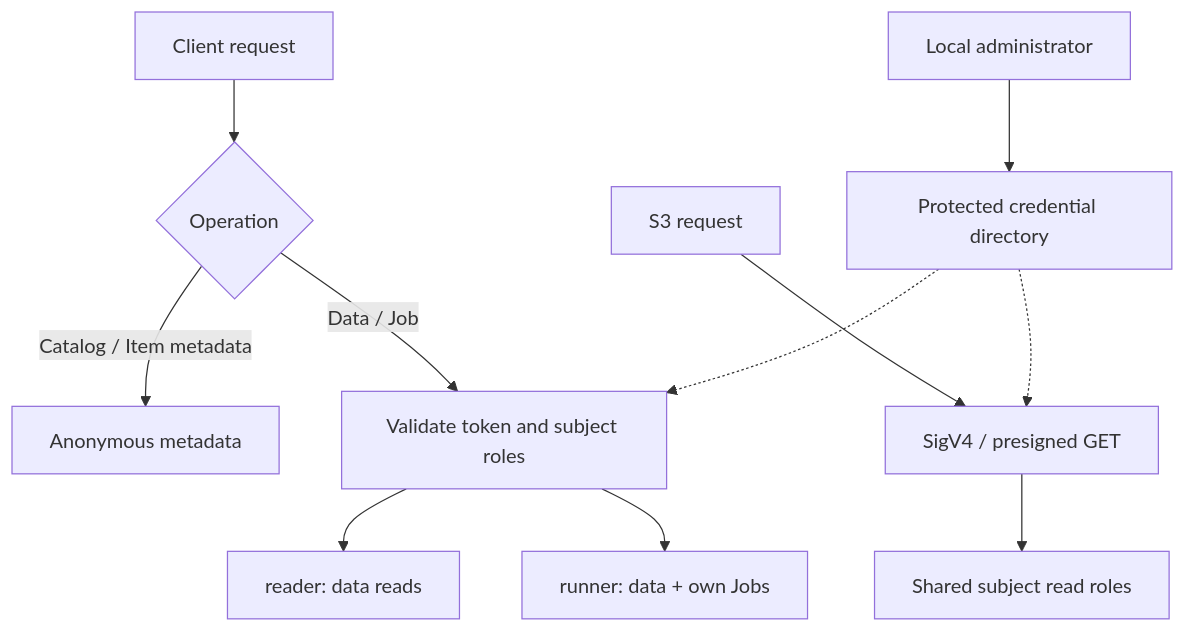
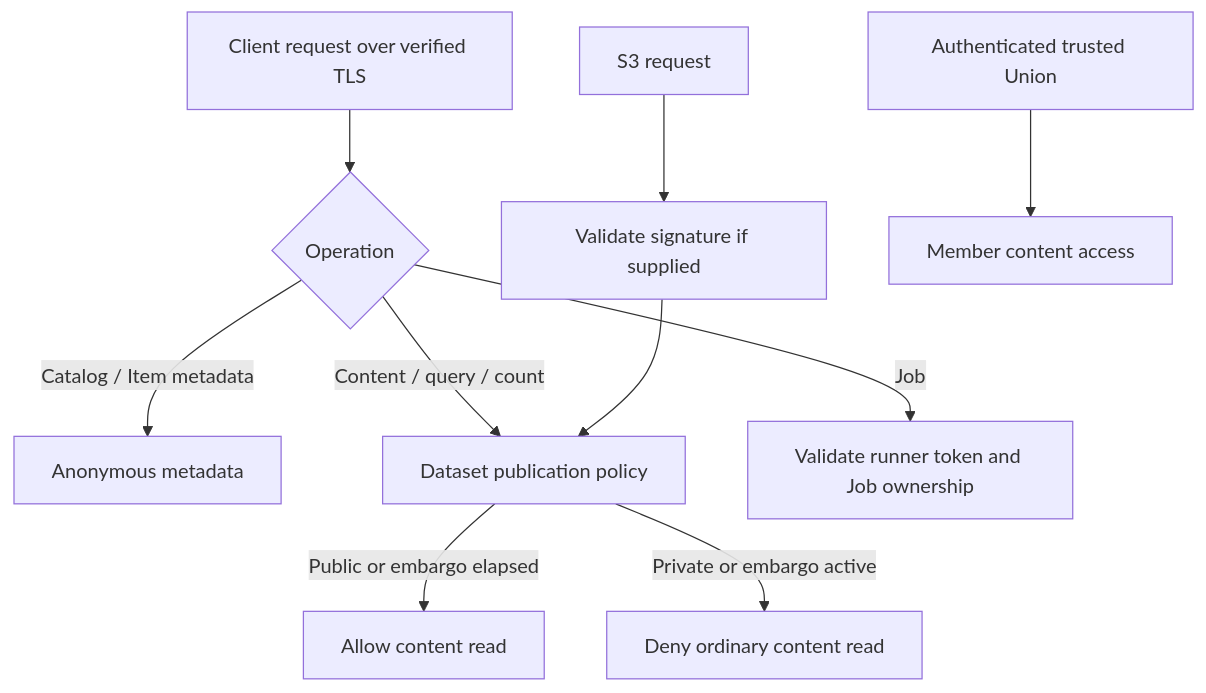
One commit to rdcn-link/dacp-codex changed the diagram in docs/security.md. Above: the diagram before and after it, drawn with Mermaid. The commit also changed other lines of this file and 85 other files, not shown here.

Commit message:
Enforce dataset publication policies and verified TLS access

````diff
--- a/docs/security.md
+++ b/docs/security.md
@@ -137,12 +137,11 @@
 ```mermaid
 flowchart TD
-  Request["Client request"] --> Kind{"Operation"}
+  Request["Client request over verified TLS"] --> Kind{"Operation"}
   Kind -->|"Catalog / Item metadata"| Public["Anonymous metadata"]
-  Kind -->|"Data / Job"| Token["Validate token and subject roles"]
-  Token --> Reader["reader: data reads"]
-  Token --> Runner["runner: data + own Jobs"]
-  S3["S3 request"] --> SigV4["SigV4 / presigned GET"] --> Roles["Shared subject read roles"]
-  Admin["Local administrator"] --> Files["Protected credential directory"]
-  Files -.-> Token
-  Files -.-> SigV4
+  Kind -->|"Content / query / count"| Policy["Dataset publication policy"]
+  Policy -->|"Public or embargo elapsed"| Read["Allow content read"]
+  Policy -->|"Private or embargo active"| Deny["Deny ordinary content read"]
+  Kind -->|"Job"| Token["Validate runner token and Job ownership"]
+  S3["S3 request"] --> Signature["Validate signature if supplied"] --> Policy
+  Union["Authenticated trusted Union"] --> Member["Member content access"]
 ```
````
